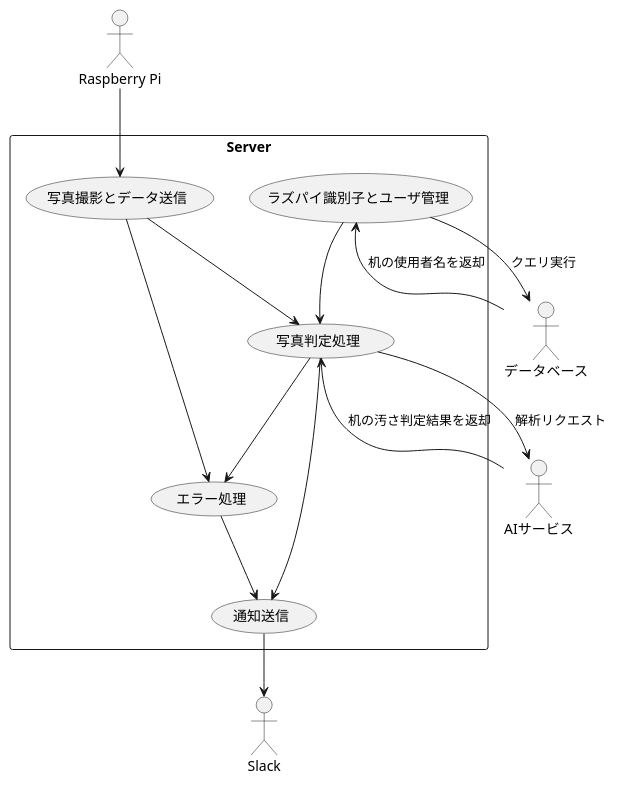
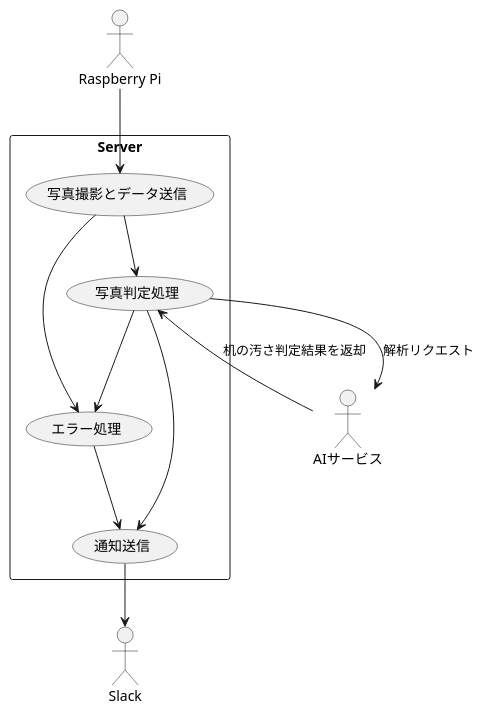
The diagram in UseCase.puml (kangy106/OkatadukeClub), drawn with PlantUML before and after one commit.

```diff
--- a/UseCase.puml
+++ b/UseCase.puml
@@ -1,30 +1,25 @@
 @startuml
 ' アクターの定義
 actor "Raspberry Pi" as Raspi
 actor "Slack" as Slack
 actor "AIサービス" as AIService
-actor "データベース" as DB
 
 ' サーバをシステムとして定義
 rectangle Server {
     usecase "写真撮影とデータ送信" as UC1
     usecase "写真判定処理" as UC2
     usecase "通知送信" as UC3
-    usecase "ラズパイ識別子とユーザ管理" as UC4
     usecase "エラー処理" as UC5
 }
 
 ' アクターとユースケースの関係
 Raspi --> UC1
 UC1 --> UC2
 UC2 --> AIService : 解析リクエスト
 AIService --> UC2 : 机の汚さ判定結果を返却
 UC2 --> UC3
-UC4 --> UC2
 UC3 --> Slack
 UC1 --> UC5
 UC2 --> UC5
-UC4 --> DB : クエリ実行
-DB --> UC4 : 机の使用者名を返却
 UC5 --> UC3
 @enduml
```
